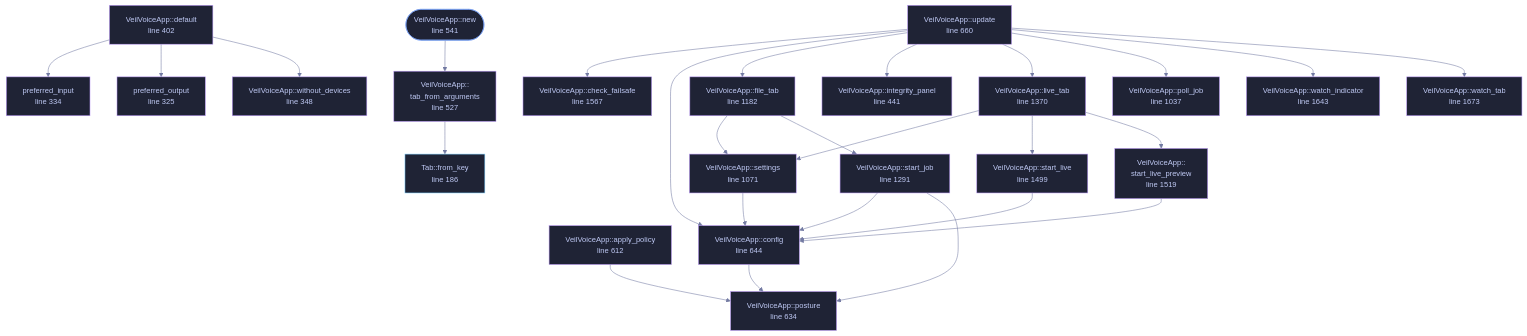
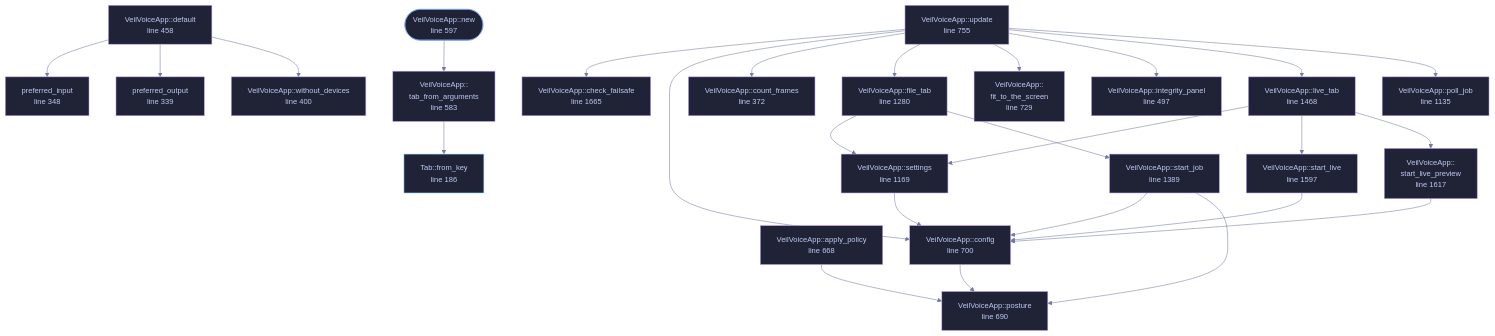
One commit to tilas01/veilvoice changed the diagram in docs/files/veilvoice-gui/app.md. Above: the diagram before and after it, drawn with Mermaid. The commit also changed other lines of this file and 118 other files, not shown here.

````diff
--- a/docs/files/veilvoice-gui/app.md
+++ b/docs/files/veilvoice-gui/app.md
@@ -181,79 +181,79 @@
 ```mermaid
 %%{init: {"theme":"base","themeVariables":{"background":"#1a1b26","primaryColor":"#1f2335","primaryTextColor":"#c0caf5","primaryBorderColor":"#7aa2f7","secondaryColor":"#16161e","tertiaryColor":"#16161e","lineColor":"#737aa2","textColor":"#c0caf5","mainBkg":"#1f2335","nodeBorder":"#7aa2f7","clusterBkg":"#16161e","clusterBorder":"#2f3549","fontFamily":"ui-monospace, SFMono-Regular, Consolas, monospace","fontSize":"14px"}}}%%
 flowchart TD
     n_from_key["Tab::from_key<br/>line 186"]
-    n_preferred_output["preferred_output<br/>line 325"]
-    n_preferred_input["preferred_input<br/>line 334"]
-    n_without_devices["VeilVoiceApp::without_devices<br/>line 348"]
-    n_default["VeilVoiceApp::default<br/>line 402"]
-    n_integrity_panel["VeilVoiceApp::integrity_panel<br/>line 441"]
-    n_tab_from_arguments["VeilVoiceApp::<br/>tab_from_arguments<br/>line 527"]
-    n_new(["VeilVoiceApp::new<br/>line 541"])
-    n_apply_policy["VeilVoiceApp::apply_policy<br/>line 612"]
-    n_posture["VeilVoiceApp::posture<br/>line 634"]
-    n_config["VeilVoiceApp::config<br/>line 644"]
-    n_update["VeilVoiceApp::update<br/>line 660"]
-    n_poll_job["VeilVoiceApp::poll_job<br/>line 1037"]
-    n_settings["VeilVoiceApp::settings<br/>line 1071"]
-    n_file_tab["VeilVoiceApp::file_tab<br/>line 1182"]
-    n_start_job["VeilVoiceApp::start_job<br/>line 1291"]
-    n_live_tab["VeilVoiceApp::live_tab<br/>line 1370"]
-    n_start_live["VeilVoiceApp::start_live<br/>line 1499"]
-    n_start_live_preview["VeilVoiceApp::<br/>start_live_preview<br/>line 1519"]
-    n_check_failsafe["VeilVoiceApp::check_failsafe<br/>line 1567"]
-    n_watch_indicator["VeilVoiceApp::watch_indicator<br/>line 1643"]
-    n_watch_tab["VeilVoiceApp::watch_tab<br/>line 1673"]
+    n_preferred_output["preferred_output<br/>line 339"]
+    n_preferred_input["preferred_input<br/>line 348"]
+    n_count_frames["VeilVoiceApp::count_frames<br/>line 372"]
+    n_without_devices["VeilVoiceApp::without_devices<br/>line 400"]
+    n_default["VeilVoiceApp::default<br/>line 458"]
+    n_integrity_panel["VeilVoiceApp::integrity_panel<br/>line 497"]
+    n_tab_from_arguments["VeilVoiceApp::<br/>tab_from_arguments<br/>line 583"]
+    n_new(["VeilVoiceApp::new<br/>line 597"])
+    n_apply_policy["VeilVoiceApp::apply_policy<br/>line 668"]
+    n_posture["VeilVoiceApp::posture<br/>line 690"]
+    n_config["VeilVoiceApp::config<br/>line 700"]
+    n_fit_to_the_screen["VeilVoiceApp::<br/>fit_to_the_screen<br/>line 729"]
+    n_update["VeilVoiceApp::update<br/>line 755"]
+    n_poll_job["VeilVoiceApp::poll_job<br/>line 1135"]
+    n_settings["VeilVoiceApp::settings<br/>line 1169"]
+    n_file_tab["VeilVoiceApp::file_tab<br/>line 1280"]
+    n_start_job["VeilVoiceApp::start_job<br/>line 1389"]
+    n_live_tab["VeilVoiceApp::live_tab<br/>line 1468"]
+    n_start_live["VeilVoiceApp::start_live<br/>line 1597"]
+    n_start_live_preview["VeilVoiceApp::<br/>start_live_preview<br/>line 1617"]
+    n_check_failsafe["VeilVoiceApp::check_failsafe<br/>line 1665"]
     n_apply_policy --> n_posture
     n_config --> n_posture
     n_default --> n_preferred_input
     n_default --> n_preferred_output
     n_default --> n_without_devices
     n_file_tab --> n_settings
     n_file_tab --> n_start_job
     n_live_tab --> n_settings
     n_live_tab --> n_start_live
     n_live_tab --> n_start_live_preview
     n_new --> n_tab_from_arguments
     n_settings --> n_config
     n_start_job --> n_config
     n_start_job --> n_posture
     n_start_live --> n_config
     n_start_live_preview --> n_config
     n_tab_from_arguments --> n_from_key
     n_update --> n_check_failsafe
     n_update --> n_config
+    n_update --> n_count_frames
     n_update --> n_file_tab
+    n_update --> n_fit_to_the_screen
     n_update --> n_integrity_panel
     n_update --> n_live_tab
     n_update --> n_poll_job
-    n_update --> n_watch_indicator
-    n_update --> n_watch_tab
     click n_from_key href "https://github.com/tilas01/veilvoice/blob/main/crates/veilvoice-gui/src/app.rs#L186" "open the source"
-    click n_preferred_output href "https://github.com/tilas01/veilvoice/blob/main/crates/veilvoice-gui/src/app.rs#L325" "open the source"
-    click n_preferred_input href "https://github.com/tilas01/veilvoice/blob/main/crates/veilvoice-gui/src/app.rs#L334" "open the source"
-    click n_without_devices href "https://github.com/tilas01/veilvoice/blob/main/crates/veilvoice-gui/src/app.rs#L348" "open the source"
-    click n_default href "https://github.com/tilas01/veilvoice/blob/main/crates/veilvoice-gui/src/app.rs#L402" "open the source"
-    click n_integrity_panel href "https://github.com/tilas01/veilvoice/blob/main/crates/veilvoice-gui/src/app.rs#L441" "open the source"
-    click n_tab_from_arguments href "https://github.com/tilas01/veilvoice/blob/main/crates/veilvoice-gui/src/app.rs#L527" "open the source"
-    click n_new href "https://github.com/tilas01/veilvoice/blob/main/crates/veilvoice-gui/src/app.rs#L541" "open the source"
-    click n_apply_policy href "https://github.com/tilas01/veilvoice/blob/main/crates/veilvoice-gui/src/app.rs#L612" "open the source"
-    click n_posture href "https://github.com/tilas01/veilvoice/blob/main/crates/veilvoice-gui/src/app.rs#L634" "open the source"
-    click n_config href "https://github.com/tilas01/veilvoice/blob/main/crates/veilvoice-gui/src/app.rs#L644" "open the source"
-    click n_update href "https://github.com/tilas01/veilvoice/blob/main/crates/veilvoice-gui/src/app.rs#L660" "open the source"
-    click n_poll_job href "https://github.com/tilas01/veilvoice/blob/main/crates/veilvoice-gui/src/app.rs#L1037" "open the source"
-    click n_settings href "https://github.com/tilas01/veilvoice/blob/main/crates/veilvoice-gui/src/app.rs#L1071" "open the source"
-    click n_file_tab href "https://github.com/tilas01/veilvoice/blob/main/crates/veilvoice-gui/src/app.rs#L1182" "open the source"
-    click n_start_job href "https://github.com/tilas01/veilvoice/blob/main/crates/veilvoice-gui/src/app.rs#L1291" "open the source"
-    click n_live_tab href "https://github.com/tilas01/veilvoice/blob/main/crates/veilvoice-gui/src/app.rs#L1370" "open the source"
-    click n_start_live href "https://github.com/tilas01/veilvoice/blob/main/crates/veilvoice-gui/src/app.rs#L1499" "open the source"
-    click n_start_live_preview href "https://github.com/tilas01/veilvoice/blob/main/crates/veilvoice-gui/src/app.rs#L1519" "open the source"
-    click n_check_failsafe href "https://github.com/tilas01/veilvoice/blob/main/crates/veilvoice-gui/src/app.rs#L1567" "open the source"
-    click n_watch_indicator href "https://github.com/tilas01/veilvoice/blob/main/crates/veilvoice-gui/src/app.rs#L1643" "open the source"
-    click n_watch_tab href "https://github.com/tilas01/veilvoice/blob/main/crates/veilvoice-gui/src/app.rs#L1673" "open the source"
+    click n_preferred_output href "https://github.com/tilas01/veilvoice/blob/main/crates/veilvoice-gui/src/app.rs#L339" "open the source"
+    click n_preferred_input href "https://github.com/tilas01/veilvoice/blob/main/crates/veilvoice-gui/src/app.rs#L348" "open the source"
+    click n_count_frames href "https://github.com/tilas01/veilvoice/blob/main/crates/veilvoice-gui/src/app.rs#L372" "open the source"
+    click n_without_devices href "https://github.com/tilas01/veilvoice/blob/main/crates/veilvoice-gui/src/app.rs#L400" "open the source"
+    click n_default href "https://github.com/tilas01/veilvoice/blob/main/crates/veilvoice-gui/src/app.rs#L458" "open the source"
+    click n_integrity_panel href "https://github.com/tilas01/veilvoice/blob/main/crates/veilvoice-gui/src/app.rs#L497" "open the source"
+    click n_tab_from_arguments href "https://github.com/tilas01/veilvoice/blob/main/crates/veilvoice-gui/src/app.rs#L583" "open the source"
+    click n_new href "https://github.com/tilas01/veilvoice/blob/main/crates/veilvoice-gui/src/app.rs#L597" "open the source"
+    click n_apply_policy href "https://github.com/tilas01/veilvoice/blob/main/crates/veilvoice-gui/src/app.rs#L668" "open the source"
+    click n_posture href "https://github.com/tilas01/veilvoice/blob/main/crates/veilvoice-gui/src/app.rs#L690" "open the source"
+    click n_config href "https://github.com/tilas01/veilvoice/blob/main/crates/veilvoice-gui/src/app.rs#L700" "open the source"
+    click n_fit_to_the_screen href "https://github.com/tilas01/veilvoice/blob/main/crates/veilvoice-gui/src/app.rs#L729" "open the source"
+    click n_update href "https://github.com/tilas01/veilvoice/blob/main/crates/veilvoice-gui/src/app.rs#L755" "open the source"
+    click n_poll_job href "https://github.com/tilas01/veilvoice/blob/main/crates/veilvoice-gui/src/app.rs#L1135" "open the source"
+    click n_settings href "https://github.com/tilas01/veilvoice/blob/main/crates/veilvoice-gui/src/app.rs#L1169" "open the source"
+    click n_file_tab href "https://github.com/tilas01/veilvoice/blob/main/crates/veilvoice-gui/src/app.rs#L1280" "open the source"
+    click n_start_job href "https://github.com/tilas01/veilvoice/blob/main/crates/veilvoice-gui/src/app.rs#L1389" "open the source"
+    click n_live_tab href "https://github.com/tilas01/veilvoice/blob/main/crates/veilvoice-gui/src/app.rs#L1468" "open the source"
+    click n_start_live href "https://github.com/tilas01/veilvoice/blob/main/crates/veilvoice-gui/src/app.rs#L1597" "open the source"
+    click n_start_live_preview href "https://github.com/tilas01/veilvoice/blob/main/crates/veilvoice-gui/src/app.rs#L1617" "open the source"
+    click n_check_failsafe href "https://github.com/tilas01/veilvoice/blob/main/crates/veilvoice-gui/src/app.rs#L1665" "open the source"
     classDef entry fill:#1f2335,stroke:#7aa2f7,color:#c0caf5
     class n_new entry
     classDef api fill:#1f2335,stroke:#7dcfff,color:#c0caf5
     class n_from_key api
     classDef helper fill:#1f2335,stroke:#bb9af7,color:#c0caf5
-    class n_preferred_output,n_preferred_input,n_without_devices,n_default,n_integrity_panel,n_tab_from_arguments,n_apply_policy,n_posture,n_config,n_update,n_poll_job,n_settings,n_file_tab,n_start_job,n_live_tab,n_start_live,n_start_live_preview,n_check_failsafe,n_watch_indicator,n_watch_tab helper
+    class n_preferred_output,n_preferred_input,n_count_frames,n_without_devices,n_default,n_integrity_panel,n_tab_from_arguments,n_apply_policy,n_posture,n_config,n_fit_to_the_screen,n_update,n_poll_job,n_settings,n_file_tab,n_start_job,n_live_tab,n_start_live,n_start_live_preview,n_check_failsafe helper
 ```
````
